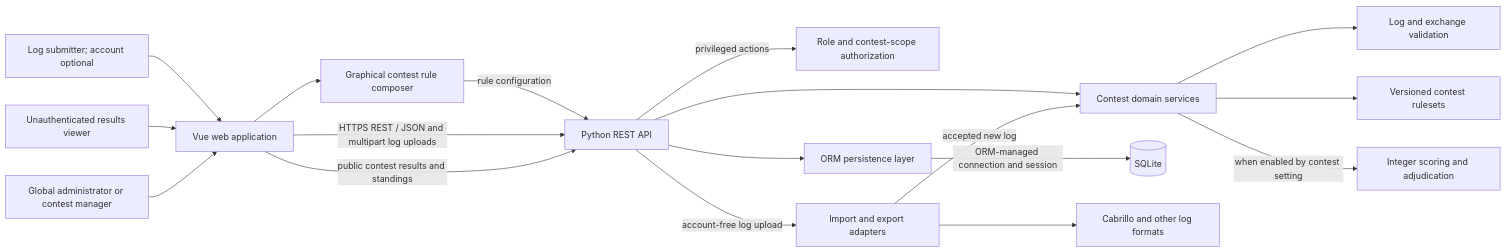
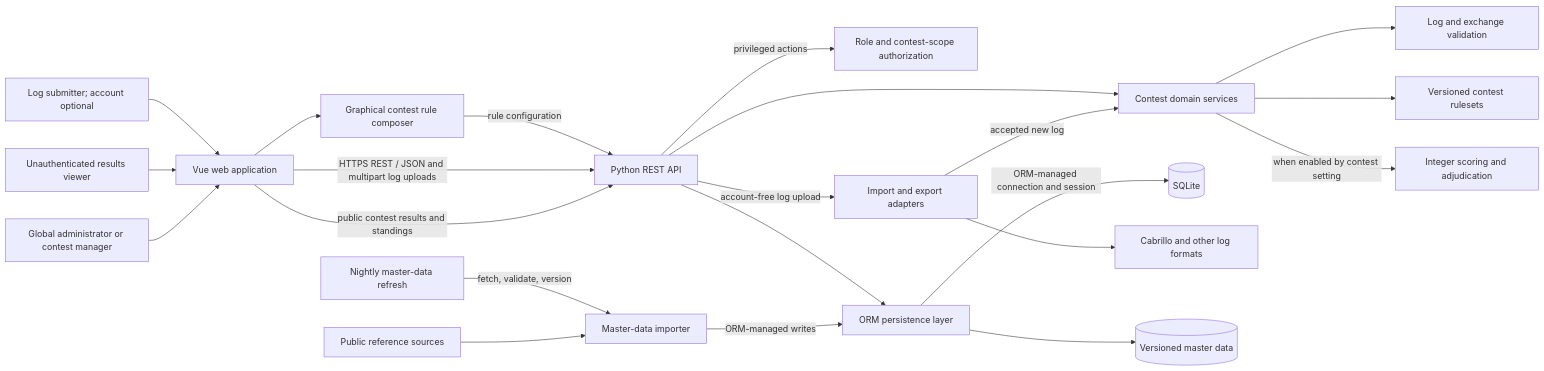
The first of 3 diagrams in documentation/README.md (ea7klk/contestmaster), drawn with Mermaid before and after one commit. The commit also changed other lines of this file and 2 other files, not shown here.

Commit message:
Document versioned geographic master data

````diff
--- a/documentation/README.md
+++ b/documentation/README.md
@@ -49,20 +49,24 @@
 ```mermaid
 flowchart LR
     Participant[Log submitter; account optional] --> Web[Vue web application]
     Visitor[Unauthenticated results viewer] --> Web
     PrivilegedUser[Global administrator or contest manager] --> Web
     Web --> Composer[Graphical contest rule composer]
     Composer -->|rule configuration| API[Python REST API]
     Web -->|HTTPS REST / JSON and multipart log uploads| API[Python REST API]
     Web -->|public contest results and standings| API
     API -->|privileged actions| Auth[Role and contest-scope authorization]
     API --> Domain[Contest domain services]
     Domain --> Validation[Log and exchange validation]
     Domain --> Rules[Versioned contest rulesets]
     Domain -->|when enabled by contest setting| Scoring[Integer scoring and adjudication]
     API --> Store[ORM persistence layer]
     Store -->|ORM-managed connection and session| DB[(SQLite)]
     API -->|account-free log upload| Adapters[Import and export adapters]
     Adapters -->|accepted new log| Domain
     Adapters --> Formats[Cabrillo and other log formats]
+    Scheduler[Nightly master-data refresh] -->|fetch, validate, version| MasterImport[Master-data importer]
+    PublicSources[Public reference sources] --> MasterImport
+    MasterImport -->|ORM-managed writes| Store
+    Store --> ReferenceData[(Versioned master data)]
 ```
````
